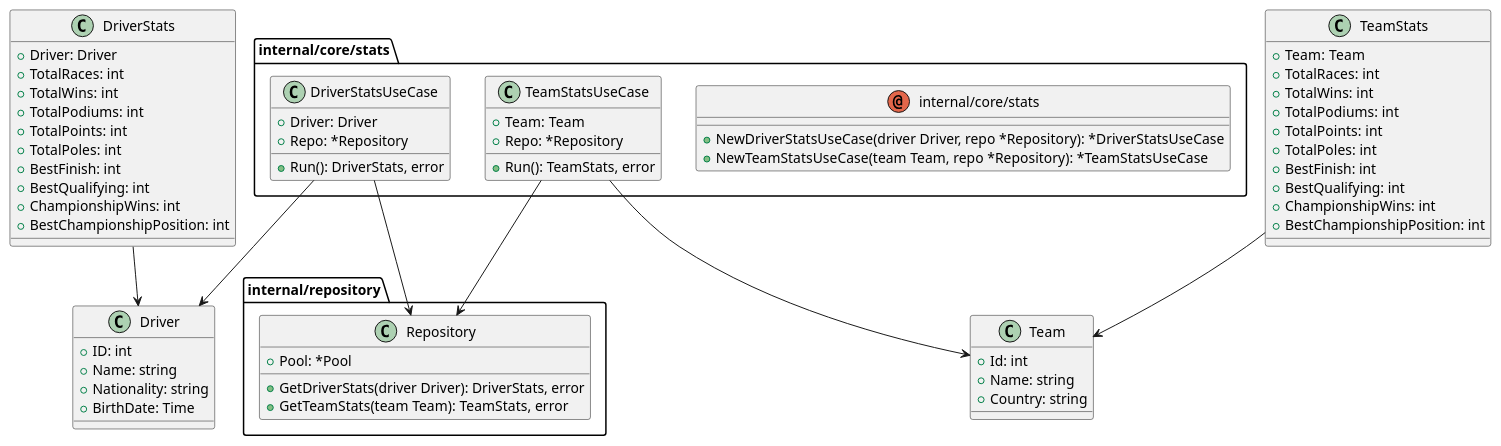
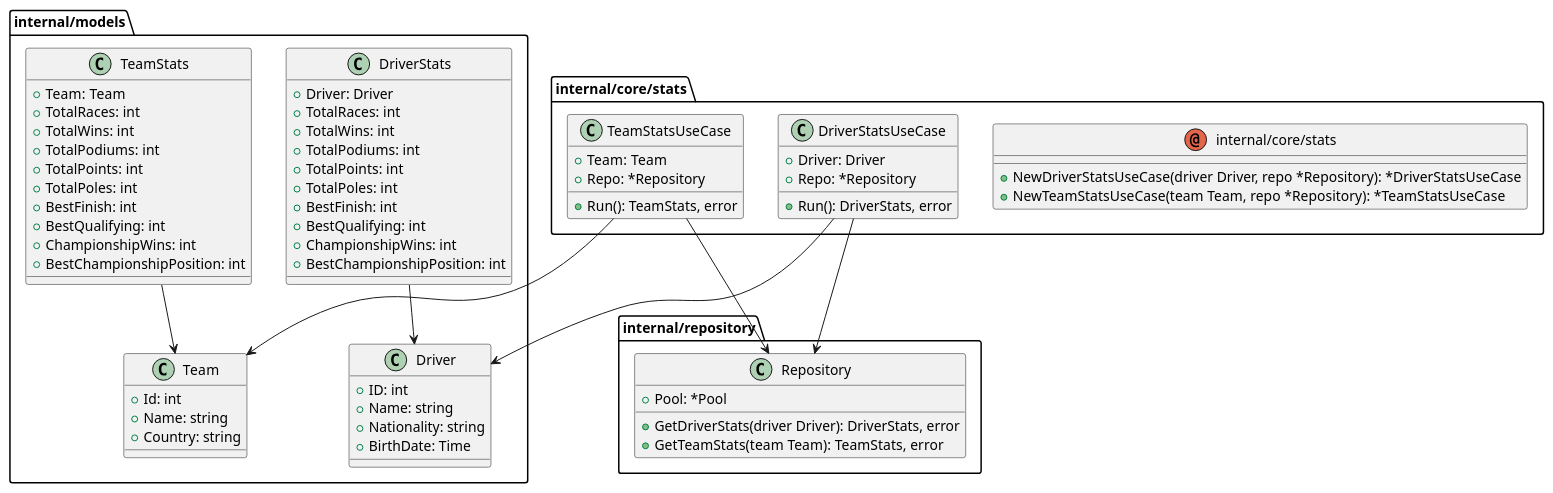
The diagram in docs/plantuml src/stats.puml (k3sslerX/BMSTU_PPO), drawn with PlantUML before and after one commit. The commit also changed 6 other files, not shown here.

```diff
--- a/docs/plantuml src/stats.puml
+++ b/docs/plantuml src/stats.puml
@@ -1,81 +1,80 @@
 @startuml
 top to bottom direction
 
 
 package internal/core/stats{
 annotation internal/core/stats {
 
 
 +NewDriverStatsUseCase(driver Driver, repo *Repository): *DriverStatsUseCase
 +NewTeamStatsUseCase(team Team, repo *Repository): *TeamStatsUseCase
 }
 class DriverStatsUseCase {
 +Driver: Driver
 +Repo: *Repository
 +Run(): DriverStats, error
 }
 
 class TeamStatsUseCase {
 +Team: Team
 +Repo: *Repository
 +Run(): TeamStats, error
 }
 }
 
+package internal/models{
 class Driver {
 +ID: int
 +Name: string
 +Nationality: string
 +BirthDate: Time
-
 }
 class DriverStats {
 +Driver: Driver
 +TotalRaces: int
 +TotalWins: int
 +TotalPodiums: int
 +TotalPoints: int
 +TotalPoles: int
 +BestFinish: int
 +BestQualifying: int
 +ChampionshipWins: int
 +BestChampionshipPosition: int
-
 }
 
 class Team {
 +Id: int
 +Name: string
 +Country: string
 
 }
 class TeamStats {
 +Team: Team
 +TotalRaces: int
 +TotalWins: int
 +TotalPodiums: int
 +TotalPoints: int
 +TotalPoles: int
 +BestFinish: int
 +BestQualifying: int
 +ChampionshipWins: int
 +BestChampionshipPosition: int
-
+}
 }
 
 package internal/repository{
 class Repository {
 +Pool: *Pool
 +GetDriverStats(driver Driver): DriverStats, error
 +GetTeamStats(team Team): TeamStats, error
 }
 }
 
 "DriverStatsUseCase" --> "Driver"
 "DriverStatsUseCase" --> "Repository"
 "TeamStatsUseCase" --> "Team"
 "TeamStatsUseCase" --> "Repository"
 "TeamStats" --> "Team"
 "DriverStats" --> "Driver"
 
 @enduml
```
